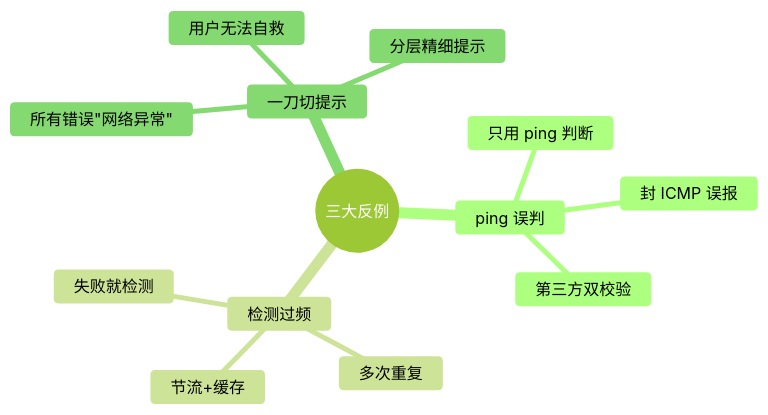
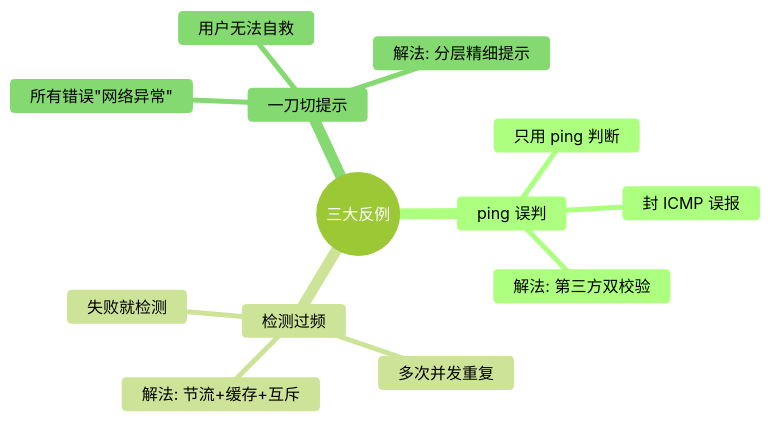
One commit to chongyang211/YCBookBlog changed the tenth of 13 diagrams in docs/10.真经/05.方案设计思想/13.网络检测方案设计.md. Above: the diagram before and after it, drawn with Mermaid (forest theme). The commit also changed other lines of this file and 36 other files, not shown here.

````diff
--- a/docs/10.真经/05.方案设计思想/13.网络检测方案设计.md
+++ b/docs/10.真经/05.方案设计思想/13.网络检测方案设计.md
@@ -573,16 +1045,16 @@
 ```mermaid
 mindmap
   root((三大反例))
     ping 误判
       只用 ping 判断
       封 ICMP 误报
-      第三方双校验
+      解法: 第三方双校验
     检测过频
       失败就检测
-      多次重复
-      节流+缓存
+      多次并发重复
+      解法: 节流+缓存+互斥
     一刀切提示
       所有错误"网络异常"
       用户无法自救
-      分层精细提示
+      解法: 分层精细提示
 ```
````
